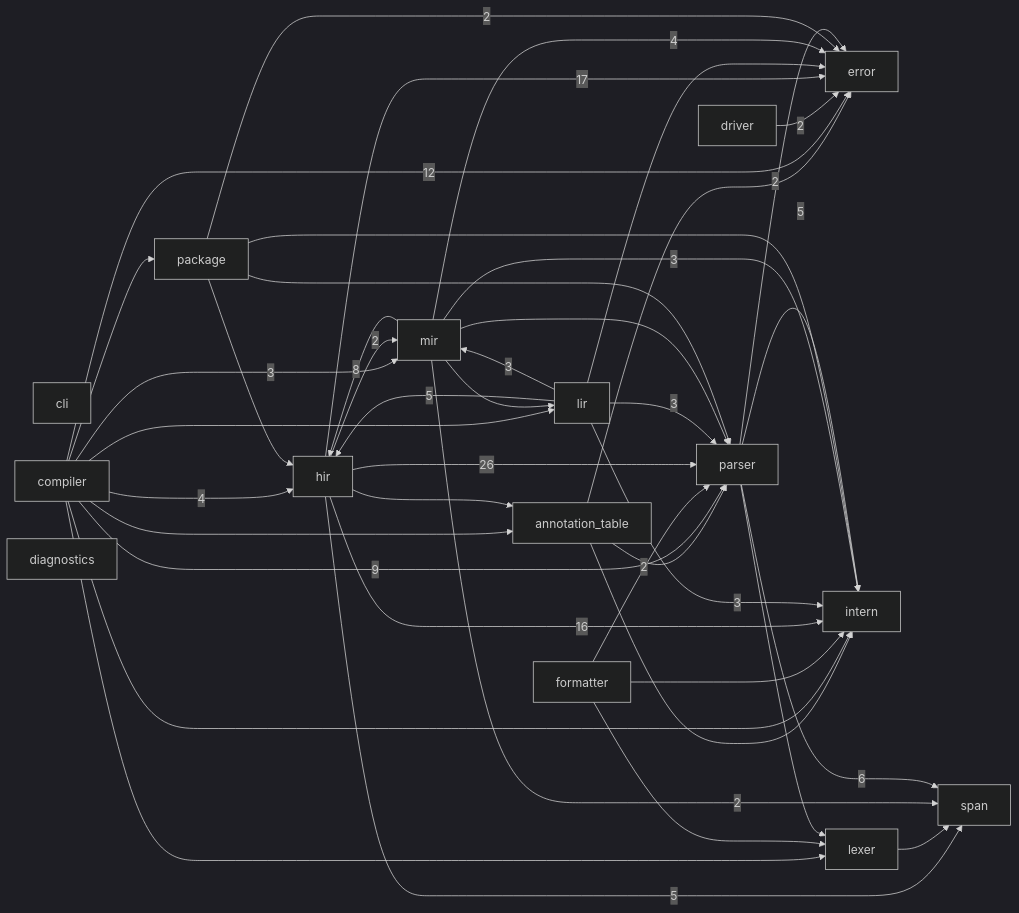
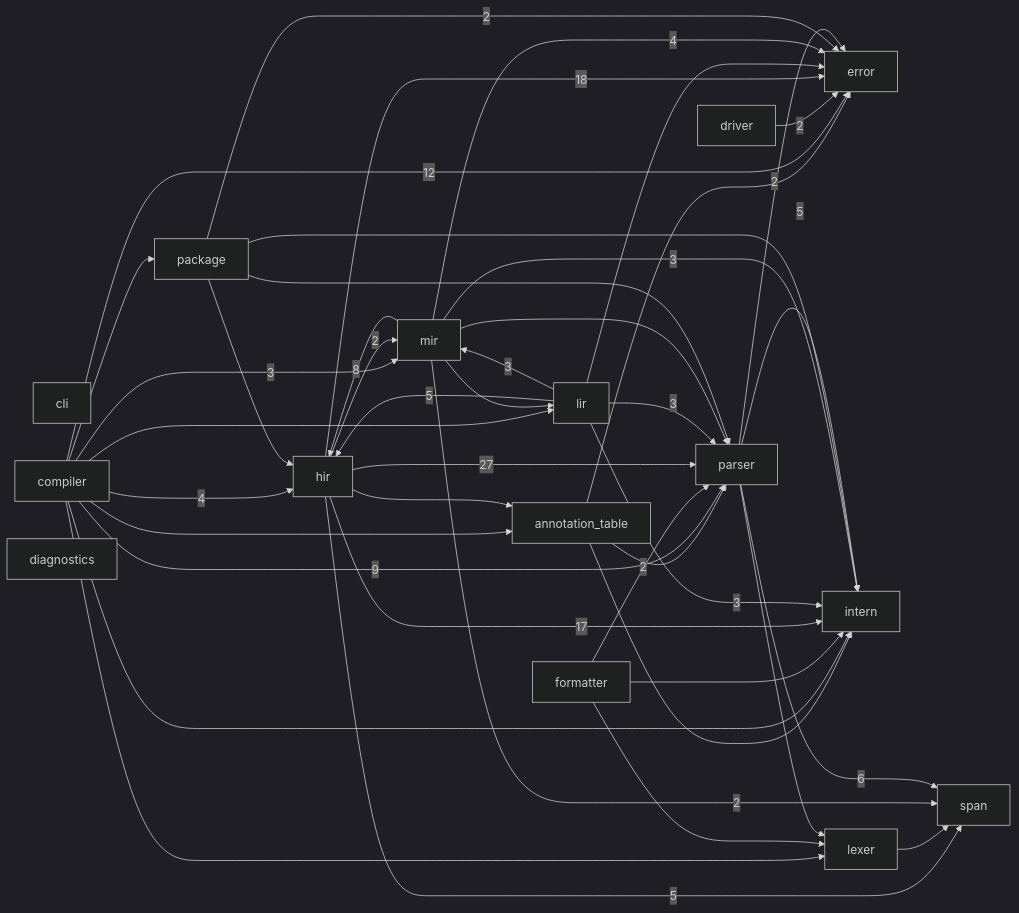
Before and after one commit to ayanami1ei/Ayanami-language: the diagram in docs/module-graph.md, drawn with Mermaid (dark theme). The commit also changed other lines of this file and 6 other files, not shown here.

````diff
--- a/docs/module-graph.md
+++ b/docs/module-graph.md
@@ -6,60 +6,60 @@
 ```mermaid
 graph LR
     annotation_table
     cli
     compiler
     diagnostics
     driver
     error
     formatter
     hir
     intern
     lexer
     lir
     mir
     package
     parser
     span
     annotation_table --> error
     annotation_table --> intern
     annotation_table --> parser
     compiler --> annotation_table
     compiler -->|12| error
     compiler -->|4| hir
     compiler --> intern
     compiler --> lexer
     compiler --> lir
     compiler -->|3| mir
     compiler --> package
     compiler -->|9| parser
     driver -->|2| error
     formatter --> intern
     formatter --> lexer
     formatter -->|2| parser
     hir --> annotation_table
-    hir -->|17| error
-    hir -->|16| intern
+    hir -->|18| error
+    hir -->|17| intern
     hir -->|2| mir
-    hir -->|26| parser
+    hir -->|27| parser
     hir -->|5| span
     lexer --> span
     lir --> error
     lir -->|5| hir
     lir -->|3| intern
     lir -->|3| mir
     lir -->|3| parser
     mir -->|4| error
     mir -->|8| hir
     mir -->|3| intern
     mir --> lir
     mir --> parser
     mir -->|2| span
     package -->|2| error
     package --> hir
     package --> intern
     package --> parser
     parser -->|2| error
     parser -->|5| intern
     parser --> lexer
     parser -->|6| span
 ```
````
